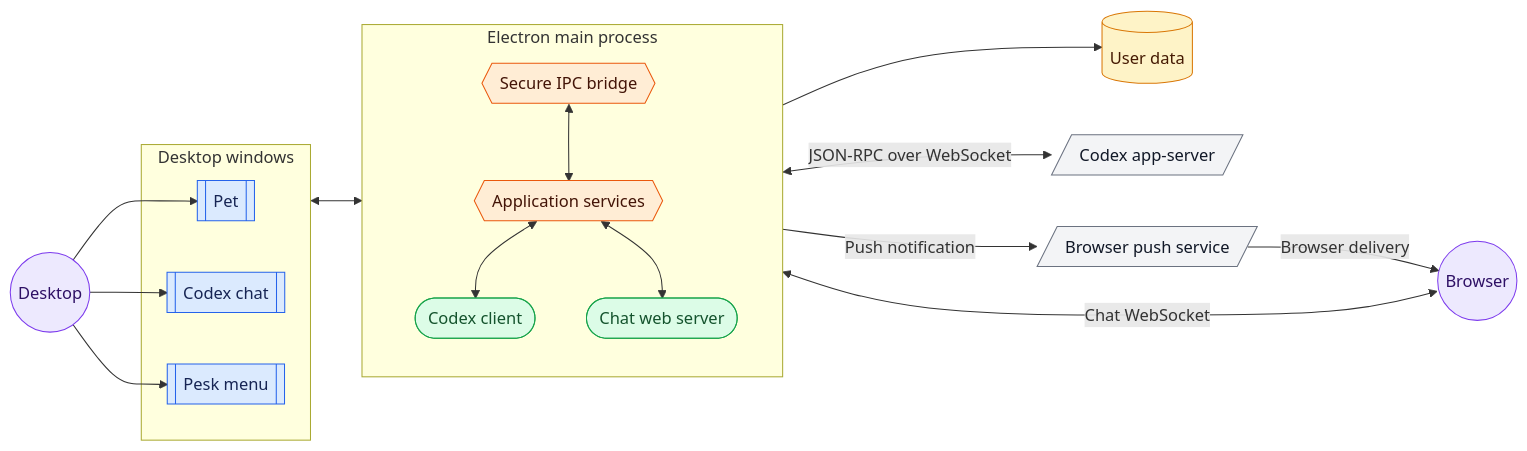
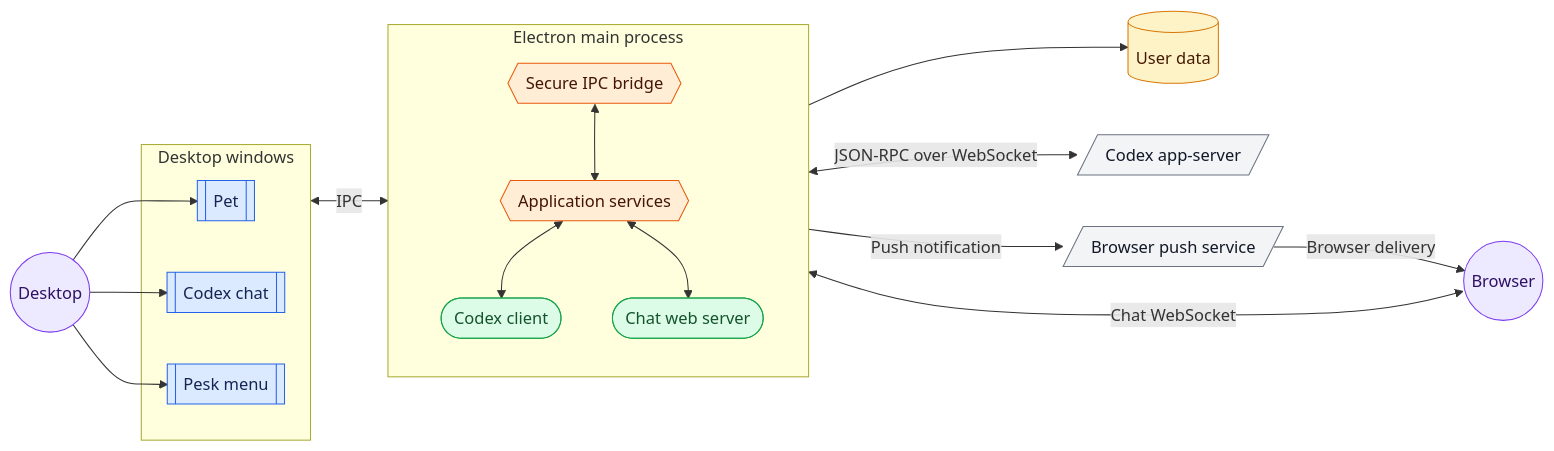
Before and after one commit to dev6699/pesk: the first of 2 diagrams in README.md, drawn with Mermaid.

````diff
--- a/README.md
+++ b/README.md
@@ -23,49 +23,49 @@
 ```mermaid
 flowchart LR
   Desktop((Desktop))
   Browser((Browser))
 
   subgraph Windows[Desktop windows]
     Pet[[Pet]]
     Chat[[Codex chat]]
     Menu[[Pesk menu]]
   end
 
   subgraph Electron[Electron main process]
     direction TB
     Bridge{{Secure IPC bridge}}
     Services{{Application services}}
     Codex([Codex client])
     Web([Chat web server])
     Bridge <--> Services
     Services <--> Codex
     Services <--> Web
   end
 
   Storage[(User data)]
   AppServer[/Codex app-server/]
   Push[/Browser push service/]
 
   Desktop --> Pet
   Desktop --> Chat
   Desktop --> Menu
-  Windows <--> Bridge
+  Windows <-->|IPC| Bridge
   Codex <-->|JSON-RPC over WebSocket| AppServer
   Browser <-->|Chat WebSocket| Web
   Web -->|Push notification| Push
   Push -->|Browser delivery| Browser
   Services --> Storage
 
   classDef user fill:#ede9fe,stroke:#7c3aed,color:#2e1065
   classDef window fill:#dbeafe,stroke:#2563eb,color:#172554
   classDef process fill:#ffedd5,stroke:#ea580c,color:#431407
   classDef service fill:#dcfce7,stroke:#16a34a,color:#14532d
   classDef external fill:#f3f4f6,stroke:#6b7280,color:#111827
   classDef storage fill:#fef3c7,stroke:#d97706,color:#451a03
   class Desktop,Browser user
   class Pet,Chat,Menu window
   class Bridge,Services process
   class Codex,Web service
   class AppServer,Push external
   class Storage storage
 ```
````
